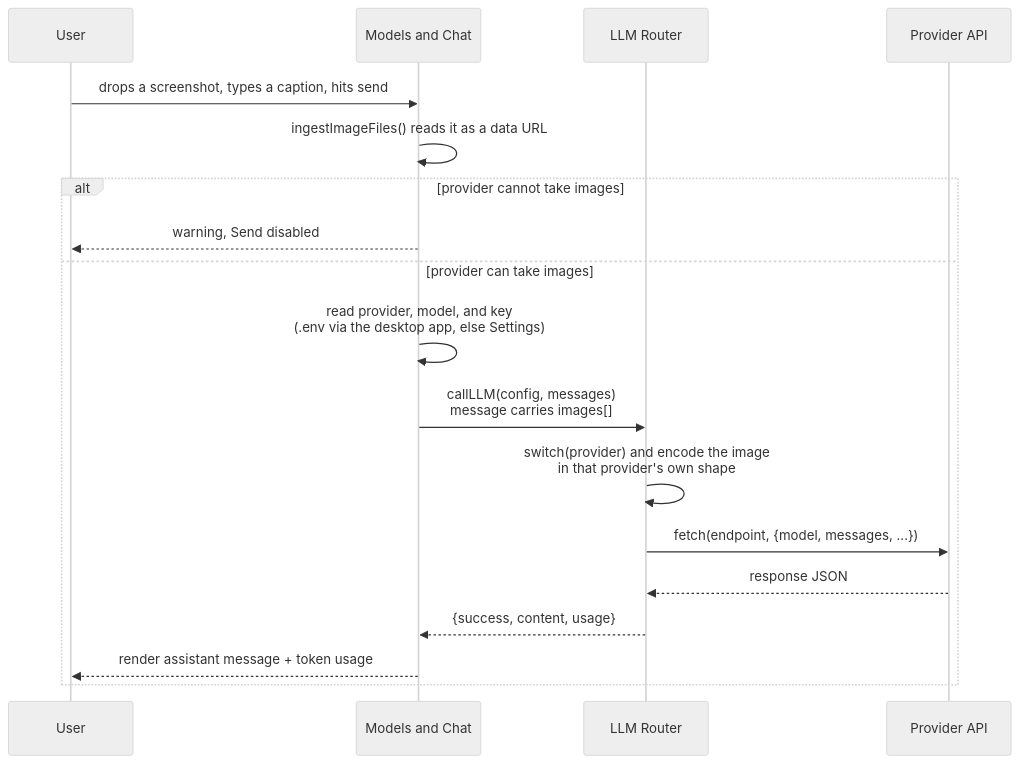
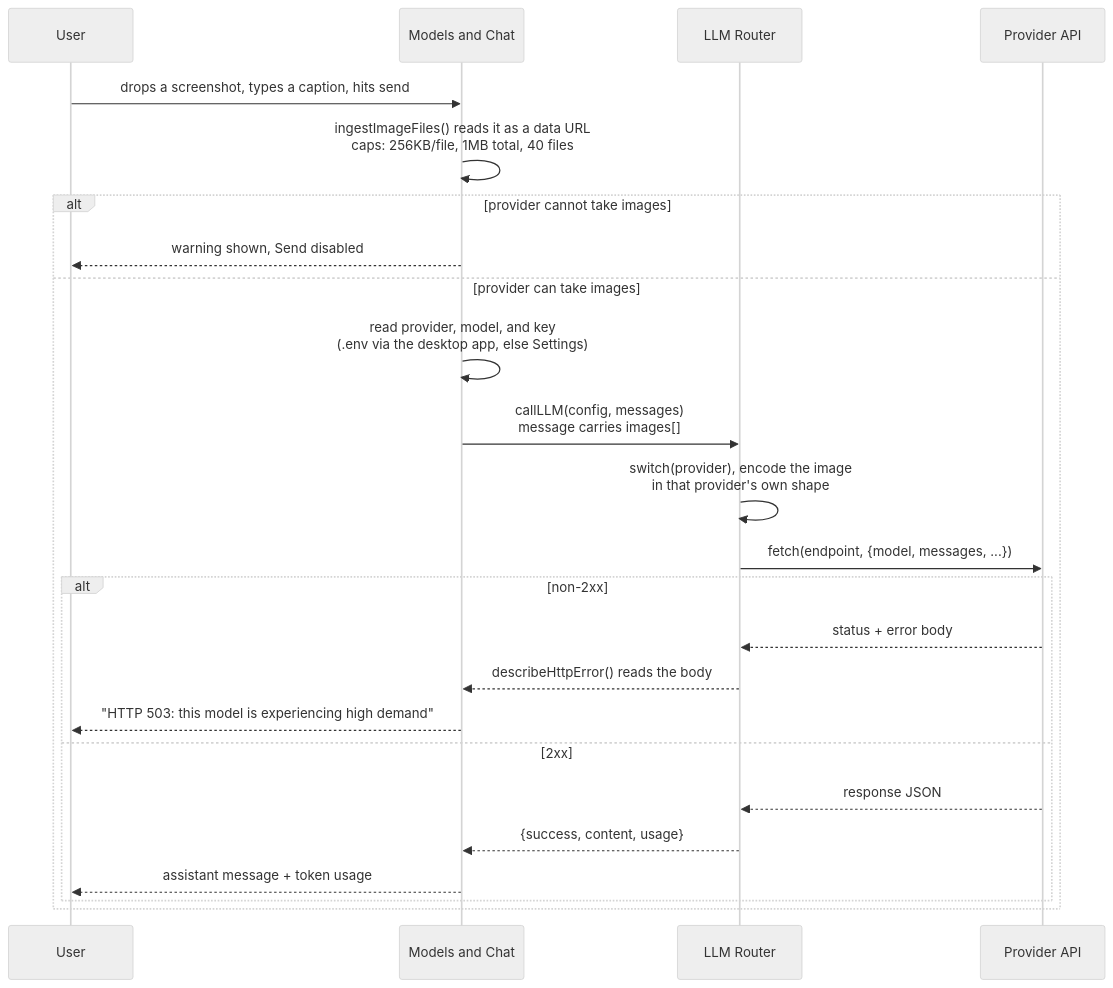
Before and after one commit to jacobcowanr/ValhallaAI: the third of 10 diagrams in ARCHITECTURE.md, drawn with Mermaid (neutral theme). The commit also changed other lines of this file and 3 other files, not shown here.

Commit message:
Rewrite all four docs with detailed diagrams and verified facts

````diff
--- a/ARCHITECTURE.md
+++ b/ARCHITECTURE.md
@@ -301,21 +348,37 @@
 ```mermaid
 sequenceDiagram
+    accTitle: One chat message, drop path
+    accDescr {
+        The user drops a screenshot and sends. The app reads the file as a data
+        URL, checks whether the selected provider can accept an image, and
+        refuses to send with a visible warning if it cannot. When it can, the
+        router encodes the image in that provider's own field shape and posts
+        it. The provider's response, including token usage, is rendered on the
+        assistant turn. A non-2xx response is turned into a readable sentence
+        by reading the provider's own error body.
+    }
     participant U as User
     participant MP as Models and Chat
     participant R as LLM Router
     participant P as Provider API
 
     U->>MP: drops a screenshot, types a caption, hits send
-    MP->>MP: ingestImageFiles() reads it as a data URL
+    MP->>MP: ingestImageFiles() reads it as a data URL<br/>caps: 256KB/file, 1MB total, 40 files
     alt provider cannot take images
-        MP-->>U: warning, Send disabled
+        MP-->>U: warning shown, Send disabled
     else provider can take images
         MP->>MP: read provider, model, and key<br/>(.env via the desktop app, else Settings)
         MP->>R: callLLM(config, messages)<br/>message carries images[]
-        R->>R: switch(provider) and encode the image<br/>in that provider's own shape
+        R->>R: switch(provider), encode the image<br/>in that provider's own shape
         R->>P: fetch(endpoint, {model, messages, ...})
-        P-->>R: response JSON
-        R-->>MP: {success, content, usage}
-        MP-->>U: render assistant message + token usage
+        alt non-2xx
+            P-->>R: status + error body
+            R-->>MP: describeHttpError() reads the body
+            MP-->>U: "HTTP 503: this model is experiencing high demand"
+        else 2xx
+            P-->>R: response JSON
+            R-->>MP: {success, content, usage}
+            MP-->>U: assistant message + token usage
+        end
     end
 ```
````
